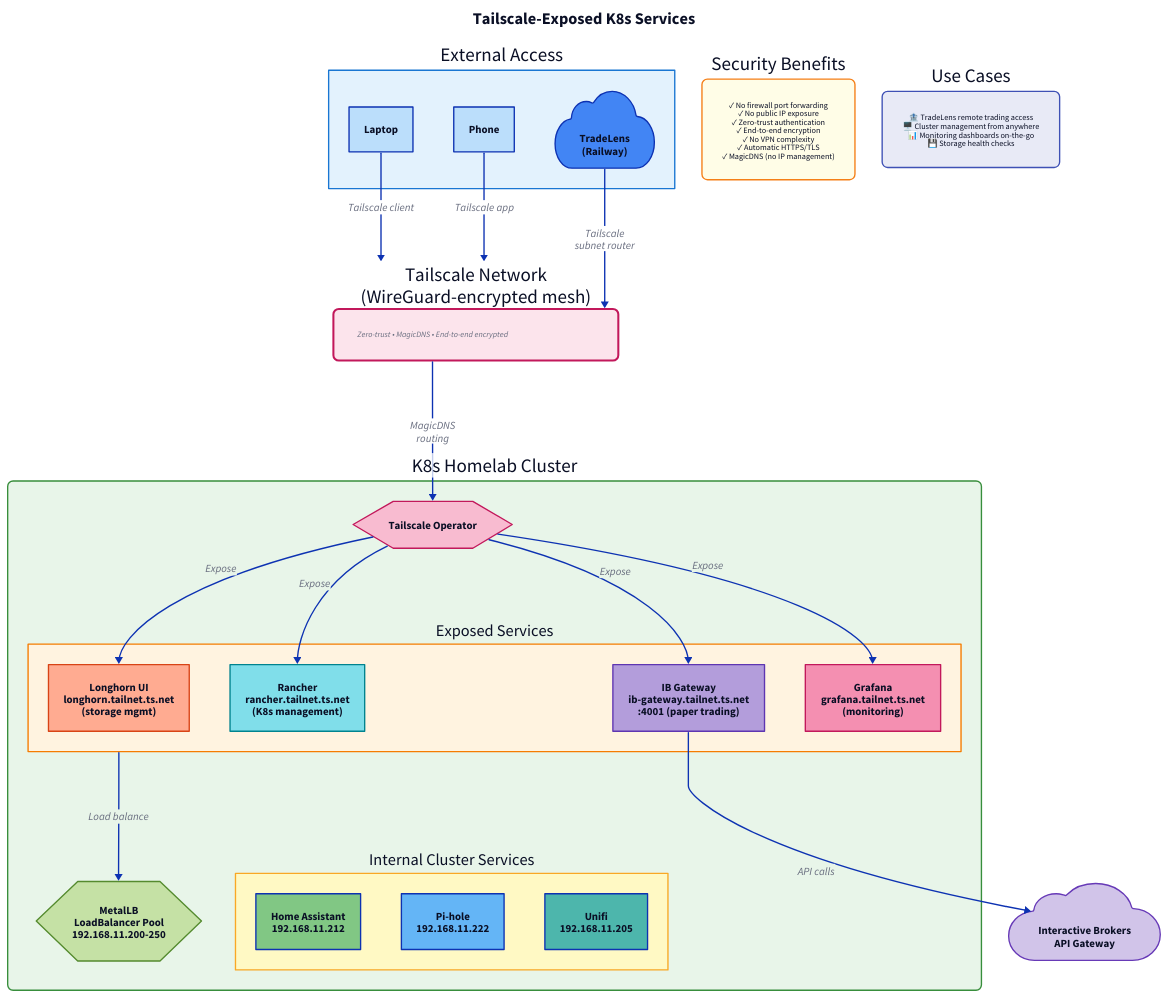
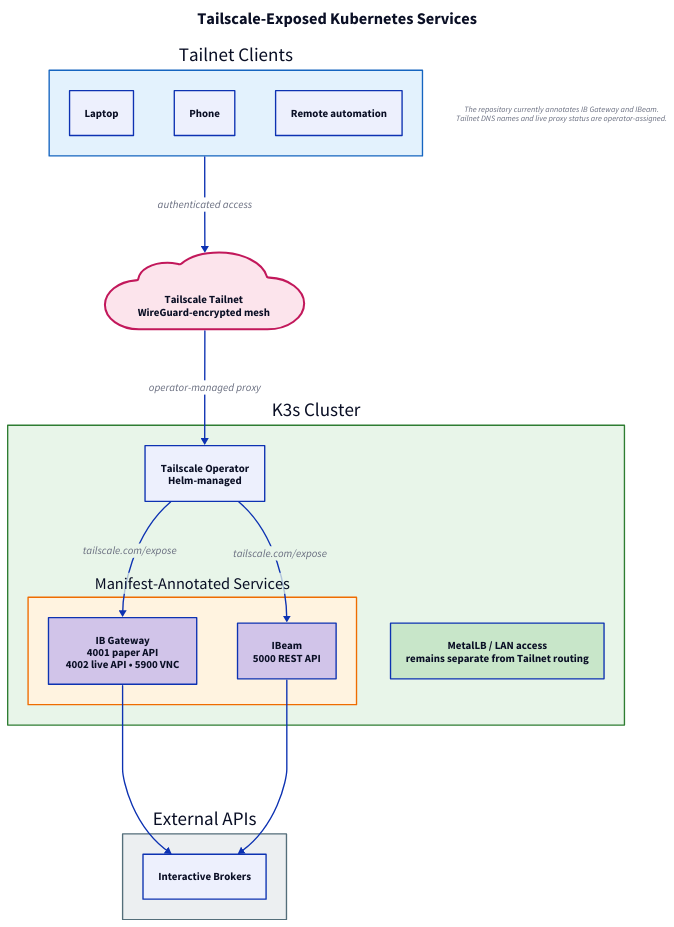
Before and after one commit to erix/homelab: the diagram in docs/diagrams/tailscale-services.d2, drawn with D2. The commit also changed 19 other files, not shown here.

Commit message:
Update project documentation and diagrams

```diff
--- a/docs/diagrams/tailscale-services.d2
+++ b/docs/diagrams/tailscale-services.d2
@@ -1,162 +1,74 @@
 direction: down
 
-title: Tailscale-Exposed K8s Services {
+title: Tailscale-Exposed Kubernetes Services {
   near: top-center
   shape: text
   style.font-size: 24
   style.bold: true
 }
 
-# External Clients
-clients: External Access {
+clients: Tailnet Clients {
   style.fill: "#e3f2fd"
-  style.stroke: "#1976d2"
-  
-  laptop: Laptop {
+  style.stroke: "#1565c0"
+
+  laptop: Laptop
+  phone: Phone
+  automation: Remote automation
+}
+
+tailnet: "Tailscale Tailnet\nWireGuard-encrypted mesh" {
+  shape: cloud
+  style.fill: "#fce4ec"
+  style.stroke: "#c2185b"
+  style.stroke-width: 3
+}
+
+cluster: K3s Cluster {
+  style.fill: "#e8f5e9"
+  style.stroke: "#2e7d32"
+
+  operator: "Tailscale Operator\nHelm-managed"
+
+  annotated: Manifest-Annotated Services {
+    style.fill: "#fff3e0"
+    style.stroke: "#ef6c00"
+
+    gateway: {
+      label: "IB Gateway\n4001 paper API\n4002 live API • 5900 VNC"
+      shape: rectangle
+      style.fill: "#d1c4e9"
+    }
+
+    ibeam: {
+      label: "IBeam\n5000 REST API"
+      shape: rectangle
+      style.fill: "#d1c4e9"
+    }
+  }
+
+  lan: {
+    label: "MetalLB / LAN access\nremains separate from Tailnet routing"
     shape: rectangle
-    style.fill: "#bbdefb"
-  }
-  
-  phone: Phone {
-    shape: rectangle
-    style.fill: "#bbdefb"
-  }
-  
-  tradelens: TradeLens\n(Railway) {
-    shape: cloud
-    style.fill: "#4285f4"
+    style.fill: "#c8e6c9"
   }
 }
 
-# Tailscale Network
-tailnet: Tailscale Network\n(WireGuard-encrypted mesh) {
-  shape: rectangle
-  style.fill: "#fce4ec"
-  style.stroke: "#c2185b"
-  style.border-radius: 8
-  style.stroke-width: 3
-  
-  ts_note: "Zero-trust • MagicDNS • End-to-end encrypted" {
-    shape: text
-    style.font-size: 12
-    style.italic: true
-  }
+upstream: External APIs {
+  style.fill: "#eceff1"
+  style.stroke: "#546e7a"
+
+  ibkr: "Interactive Brokers"
 }
 
-# K8s Cluster with Tailscale Operator
-k8s: K8s Homelab Cluster {
-  style.fill: "#e8f5e9"
-  style.stroke: "#388e3c"
-  style.border-radius: 8
-  
-  ts_operator: Tailscale Operator {
-    shape: hexagon
-    style.fill: "#f8bbd0"
-    style.stroke: "#c2185b"
-  }
-  
-  # Exposed Services
-  services: Exposed Services {
-    style.fill: "#fff3e0"
-    style.stroke: "#f57c00"
-    
-    ib_gateway: IB Gateway\nib-gateway.tailnet.ts.net\n:4001 (paper trading) {
-      shape: rectangle
-      style.fill: "#b39ddb"
-      style.stroke: "#5e35b1"
-    }
-    
-    rancher: Rancher\nrancher.tailnet.ts.net\n(K8s management) {
-      shape: rectangle
-      style.fill: "#80deea"
-      style.stroke: "#00838f"
-    }
-    
-    longhorn: Longhorn UI\nlonghorn.tailnet.ts.net\n(storage mgmt) {
-      shape: rectangle
-      style.fill: "#ffab91"
-      style.stroke: "#d84315"
-    }
-    
-    grafana: Grafana\ngrafana.tailnet.ts.net\n(monitoring) {
-      shape: rectangle
-      style.fill: "#f48fb1"
-      style.stroke: "#c2185b"
-    }
-  }
-  
-  # LoadBalancer Layer
-  metallb: MetalLB\nLoadBalancer Pool\n192.168.11.200-250 {
-    shape: hexagon
-    style.fill: "#c5e1a5"
-    style.stroke: "#558b2f"
-  }
-  
-  # Internal Services
-  internal: Internal Cluster Services {
-    style.fill: "#fff9c4"
-    style.stroke: "#f9a825"
-    
-    ha: Home Assistant\n192.168.11.212 {
-      shape: rectangle
-      style.fill: "#81c784"
-    }
-    
-    pihole: Pi-hole\n192.168.11.222 {
-      shape: rectangle
-      style.fill: "#64b5f6"
-    }
-    
-    unifi: Unifi\n192.168.11.205 {
-      shape: rectangle
-      style.fill: "#4db6ac"
-    }
-  }
+clients -> tailnet: authenticated access
+tailnet -> cluster.operator: operator-managed proxy
+cluster.operator -> cluster.annotated.gateway: tailscale.com/expose
+cluster.operator -> cluster.annotated.ibeam: tailscale.com/expose
+cluster.annotated.gateway -> upstream.ibkr
+cluster.annotated.ibeam -> upstream.ibkr
+
+note: "The repository currently annotates IB Gateway and IBeam.\nTailnet DNS names and live proxy status are operator-assigned." {
+  shape: text
+  style.italic: true
+  style.font-size: 12
 }
-
-# External Service
-ibkr_cloud: Interactive Brokers\nAPI Gateway {
-  shape: cloud
-  style.fill: "#d1c4e9"
-  style.stroke: "#673ab7"
-}
-
-# Connections
-clients.laptop -> tailnet: Tailscale client
-clients.phone -> tailnet: Tailscale app
-clients.tradelens -> tailnet: Tailscale\nsubnet router
-
-tailnet -> k8s.ts_operator: MagicDNS\nrouting
-
-k8s.ts_operator -> k8s.services.ib_gateway: Expose
-k8s.ts_operator -> k8s.services.rancher: Expose
-k8s.ts_operator -> k8s.services.longhorn: Expose
-k8s.ts_operator -> k8s.services.grafana: Expose
-
-k8s.services -> k8s.metallb: Load balance
-
-k8s.services.ib_gateway -> ibkr_cloud: API calls
-
-# Benefits
-benefits: Security Benefits {
-  style.fill: "#fffde7"
-  style.stroke: "#f57f17"
-  style.border-radius: 8
-  
-  list: "✓ No firewall port forwarding\n✓ No public IP exposure\n✓ Zero-trust authentication\n✓ End-to-end encryption\n✓ No VPN complexity\n✓ Automatic HTTPS/TLS\n✓ MagicDNS (no IP management)" {
-    shape: text
-    style.font-size: 12
-  }
-}
-
-# Use Cases
-usecases: Use Cases {
-  style.fill: "#e8eaf6"
-  style.stroke: "#3f51b5"
-  style.border-radius: 8
-  
-  list: "🏦 TradeLens remote trading access\n🖥️ Cluster management from anywhere\n📊 Monitoring dashboards on-the-go\n💾 Storage health checks" {
-    shape: text
-    style.font-size: 12
-  }
-}
```
